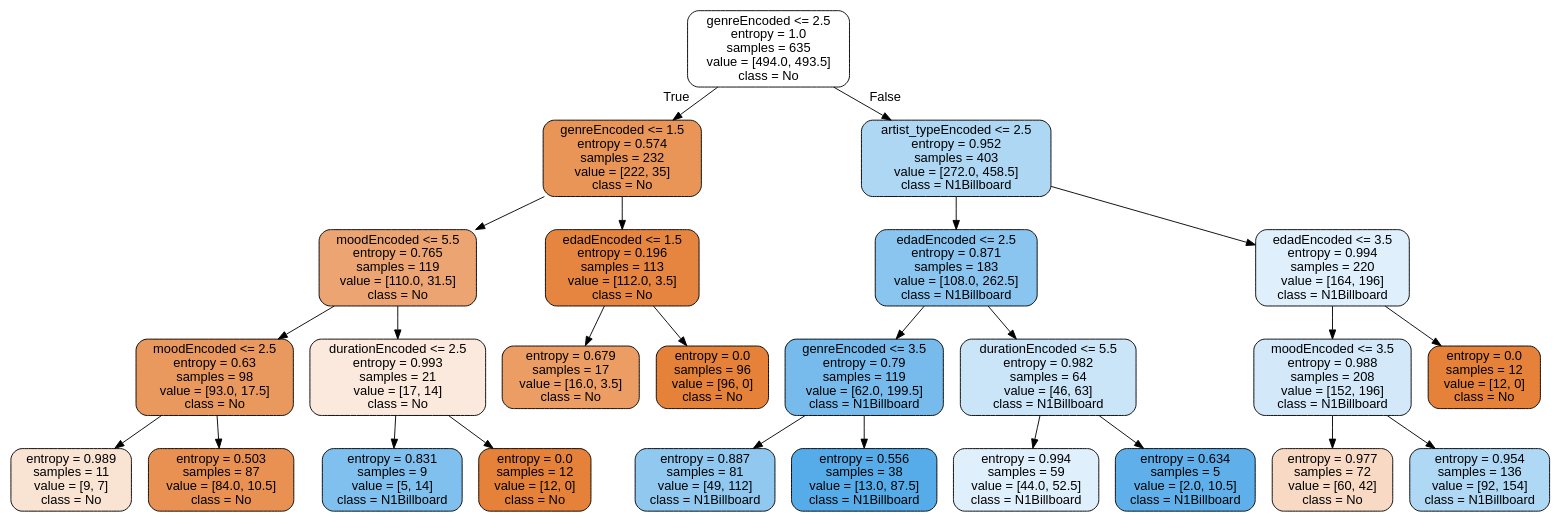
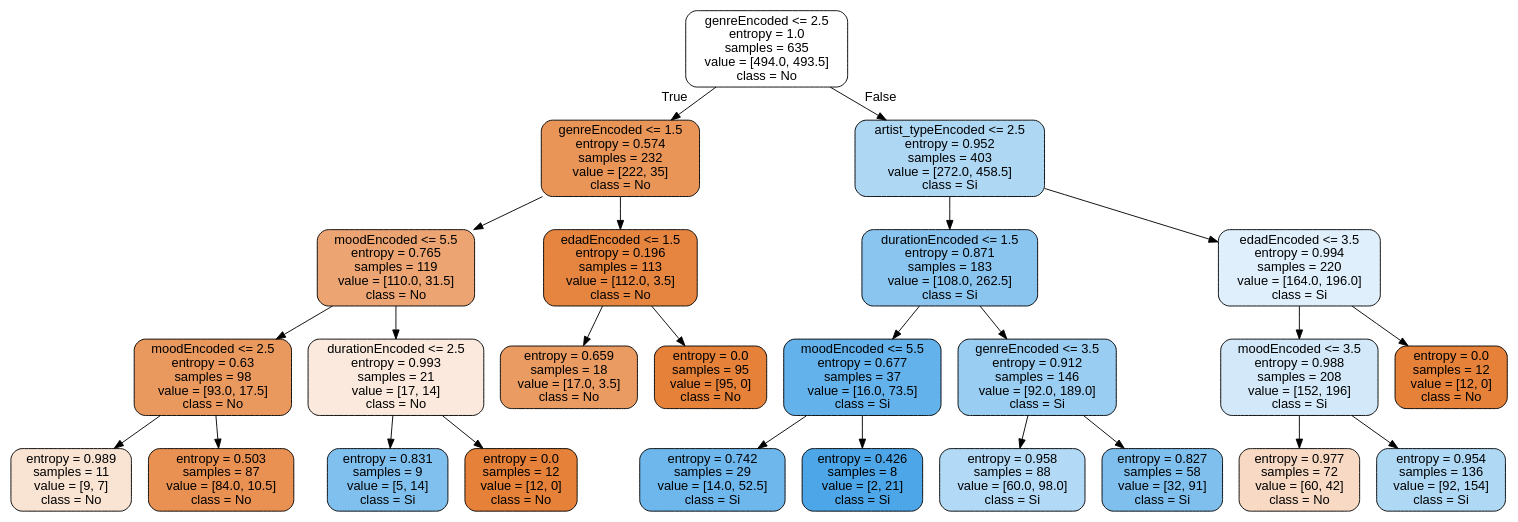
One commit to haydemtzl/DeCeroaCienGen2024-01 changed the diagram in Clase09/tree1.dot. Above: the diagram before and after it, drawn with Graphviz. The commit also changed 24 other files, not shown here.

```diff
--- a/Clase09/tree1.dot
+++ b/Clase09/tree1.dot
@@ -1,53 +1,53 @@
 digraph Tree {
 node [shape=box, style="filled, rounded", color="black", fontname="helvetica"] ;
 edge [fontname="helvetica"] ;
 0 [label="genreEncoded <= 2.5\nentropy = 1.0\nsamples = 635\nvalue = [494.0, 493.5]\nclass = No", fillcolor="#ffffff"] ;
 1 [label="genreEncoded <= 1.5\nentropy = 0.574\nsamples = 232\nvalue = [222, 35]\nclass = No", fillcolor="#e99558"] ;
 0 -> 1 [labeldistance=2.5, labelangle=45, headlabel="True"] ;
 2 [label="moodEncoded <= 5.5\nentropy = 0.765\nsamples = 119\nvalue = [110.0, 31.5]\nclass = No", fillcolor="#eca572"] ;
 1 -> 2 ;
 3 [label="moodEncoded <= 2.5\nentropy = 0.63\nsamples = 98\nvalue = [93.0, 17.5]\nclass = No", fillcolor="#ea995e"] ;
 2 -> 3 ;
 4 [label="entropy = 0.989\nsamples = 11\nvalue = [9, 7]\nclass = No", fillcolor="#f9e3d3"] ;
 3 -> 4 ;
 5 [label="entropy = 0.503\nsamples = 87\nvalue = [84.0, 10.5]\nclass = No", fillcolor="#e89152"] ;
 3 -> 5 ;
 6 [label="durationEncoded <= 2.5\nentropy = 0.993\nsamples = 21\nvalue = [17, 14]\nclass = No", fillcolor="#fae9dc"] ;
 2 -> 6 ;
-7 [label="entropy = 0.831\nsamples = 9\nvalue = [5, 14]\nclass = N1Billboard", fillcolor="#80c0ee"] ;
+7 [label="entropy = 0.831\nsamples = 9\nvalue = [5, 14]\nclass = Si", fillcolor="#80c0ee"] ;
 6 -> 7 ;
 8 [label="entropy = 0.0\nsamples = 12\nvalue = [12, 0]\nclass = No", fillcolor="#e58139"] ;
 6 -> 8 ;
 9 [label="edadEncoded <= 1.5\nentropy = 0.196\nsamples = 113\nvalue = [112.0, 3.5]\nclass = No", fillcolor="#e6853f"] ;
 1 -> 9 ;
-10 [label="entropy = 0.679\nsamples = 17\nvalue = [16.0, 3.5]\nclass = No", fillcolor="#eb9d64"] ;
+10 [label="entropy = 0.659\nsamples = 18\nvalue = [17.0, 3.5]\nclass = No", fillcolor="#ea9b62"] ;
 9 -> 10 ;
-11 [label="entropy = 0.0\nsamples = 96\nvalue = [96, 0]\nclass = No", fillcolor="#e58139"] ;
+11 [label="entropy = 0.0\nsamples = 95\nvalue = [95, 0]\nclass = No", fillcolor="#e58139"] ;
 9 -> 11 ;
-12 [label="artist_typeEncoded <= 2.5\nentropy = 0.952\nsamples = 403\nvalue = [272.0, 458.5]\nclass = N1Billboard", fillcolor="#aed7f4"] ;
+12 [label="artist_typeEncoded <= 2.5\nentropy = 0.952\nsamples = 403\nvalue = [272.0, 458.5]\nclass = Si", fillcolor="#aed7f4"] ;
 0 -> 12 [labeldistance=2.5, labelangle=-45, headlabel="False"] ;
-13 [label="edadEncoded <= 2.5\nentropy = 0.871\nsamples = 183\nvalue = [108.0, 262.5]\nclass = N1Billboard", fillcolor="#8ac5f0"] ;
+13 [label="durationEncoded <= 1.5\nentropy = 0.871\nsamples = 183\nvalue = [108.0, 262.5]\nclass = Si", fillcolor="#8ac5f0"] ;
 12 -> 13 ;
-14 [label="genreEncoded <= 3.5\nentropy = 0.79\nsamples = 119\nvalue = [62.0, 199.5]\nclass = N1Billboard", fillcolor="#77bbed"] ;
+14 [label="moodEncoded <= 5.5\nentropy = 0.677\nsamples = 37\nvalue = [16.0, 73.5]\nclass = Si", fillcolor="#64b2eb"] ;
 13 -> 14 ;
-15 [label="entropy = 0.887\nsamples = 81\nvalue = [49, 112]\nclass = N1Billboard", fillcolor="#90c8f0"] ;
+15 [label="entropy = 0.742\nsamples = 29\nvalue = [14.0, 52.5]\nclass = Si", fillcolor="#6eb7ec"] ;
 14 -> 15 ;
-16 [label="entropy = 0.556\nsamples = 38\nvalue = [13.0, 87.5]\nclass = N1Billboard", fillcolor="#56ace9"] ;
+16 [label="entropy = 0.426\nsamples = 8\nvalue = [2, 21]\nclass = Si", fillcolor="#4ca6e7"] ;
 14 -> 16 ;
-17 [label="durationEncoded <= 5.5\nentropy = 0.982\nsamples = 64\nvalue = [46, 63]\nclass = N1Billboard", fillcolor="#cae5f8"] ;
+17 [label="genreEncoded <= 3.5\nentropy = 0.912\nsamples = 146\nvalue = [92.0, 189.0]\nclass = Si", fillcolor="#99cdf2"] ;
 13 -> 17 ;
-18 [label="entropy = 0.994\nsamples = 59\nvalue = [44.0, 52.5]\nclass = N1Billboard", fillcolor="#dfeffb"] ;
+18 [label="entropy = 0.958\nsamples = 88\nvalue = [60.0, 98.0]\nclass = Si", fillcolor="#b2d9f5"] ;
 17 -> 18 ;
-19 [label="entropy = 0.634\nsamples = 5\nvalue = [2.0, 10.5]\nclass = N1Billboard", fillcolor="#5fb0ea"] ;
+19 [label="entropy = 0.827\nsamples = 58\nvalue = [32, 91]\nclass = Si", fillcolor="#7fbfee"] ;
 17 -> 19 ;
-20 [label="edadEncoded <= 3.5\nentropy = 0.994\nsamples = 220\nvalue = [164, 196]\nclass = N1Billboard", fillcolor="#dfeffb"] ;
+20 [label="edadEncoded <= 3.5\nentropy = 0.994\nsamples = 220\nvalue = [164.0, 196.0]\nclass = Si", fillcolor="#dfeffb"] ;
 12 -> 20 ;
-21 [label="moodEncoded <= 3.5\nentropy = 0.988\nsamples = 208\nvalue = [152, 196]\nclass = N1Billboard", fillcolor="#d3e9f9"] ;
+21 [label="moodEncoded <= 3.5\nentropy = 0.988\nsamples = 208\nvalue = [152, 196]\nclass = Si", fillcolor="#d3e9f9"] ;
 20 -> 21 ;
 22 [label="entropy = 0.977\nsamples = 72\nvalue = [60, 42]\nclass = No", fillcolor="#f7d9c4"] ;
 21 -> 22 ;
-23 [label="entropy = 0.954\nsamples = 136\nvalue = [92, 154]\nclass = N1Billboard", fillcolor="#afd8f5"] ;
+23 [label="entropy = 0.954\nsamples = 136\nvalue = [92, 154]\nclass = Si", fillcolor="#afd8f5"] ;
 21 -> 23 ;
 24 [label="entropy = 0.0\nsamples = 12\nvalue = [12, 0]\nclass = No", fillcolor="#e58139"] ;
 20 -> 24 ;
 }
```
